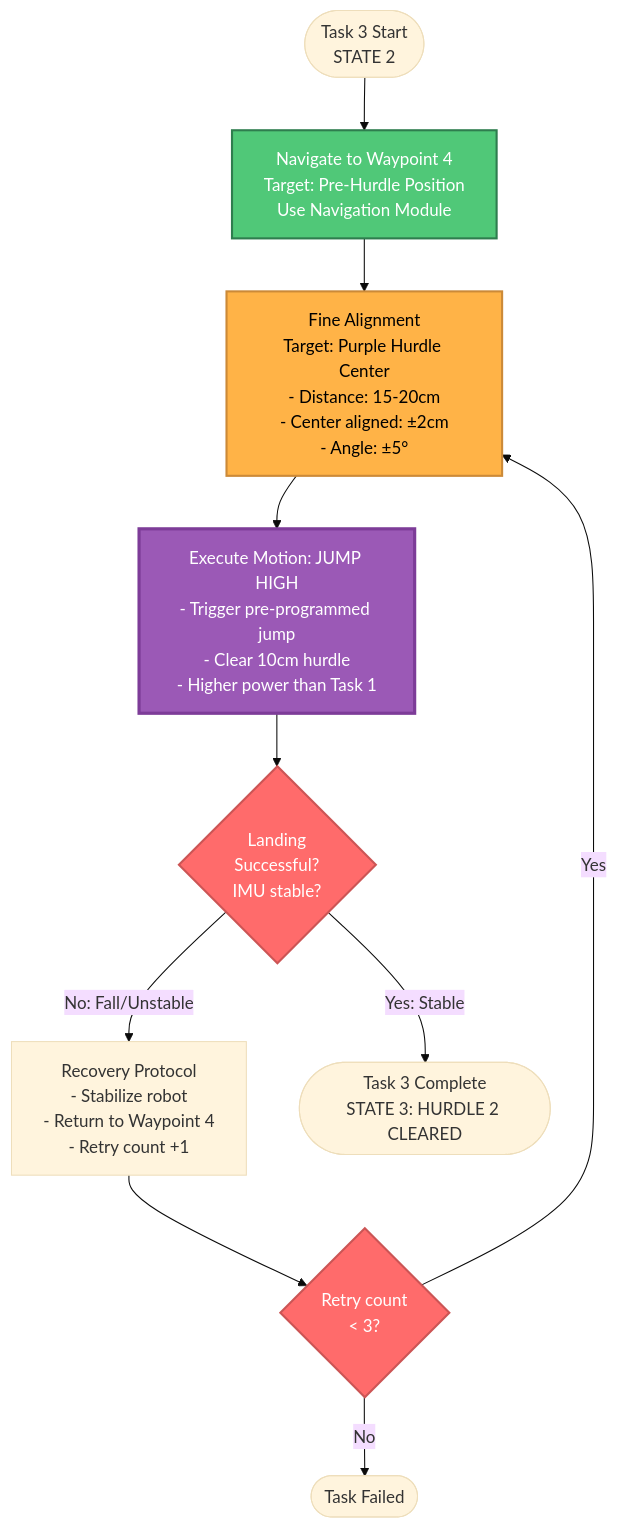
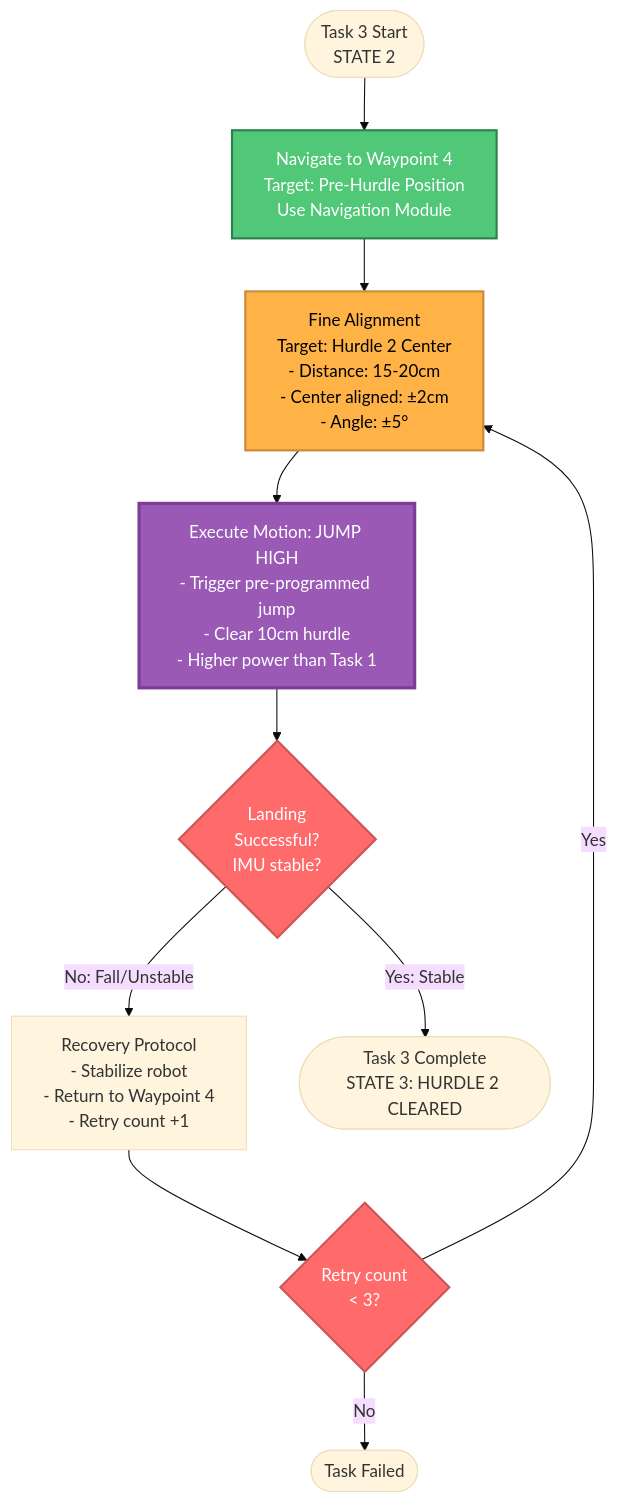
One commit to RHplusLab/RHplusLab.github.io changed the sixth of 7 diagrams in docs/task/index.md. Above: the diagram before and after it, drawn with Mermaid (base theme). The commit also changed other lines of this file and 19 other files, not shown here.

````diff
--- a/docs/task/index.md
+++ b/docs/task/index.md
@@ -189,21 +178,21 @@
     ```mermaid
     flowchart TD
         Start([Task 3 Start<br/>STATE 2]) --> Nav[Navigate to Waypoint 4<br/>Target: Pre-Hurdle Position<br/>Use Navigation Module]
-        Nav --> Align[Fine Alignment<br/>Target: Purple Hurdle Center<br/>- Distance: 15-20cm<br/>- Center aligned: ±2cm<br/>- Angle: ±5°]
+        Nav --> Align[Fine Alignment<br/>Target: Hurdle 2 Center<br/>- Distance: 15-20cm<br/>- Center aligned: ±2cm<br/>- Angle: ±5°]
         Align --> Execute[Execute Motion: JUMP HIGH<br/>- Trigger pre-programmed jump<br/>- Clear 10cm hurdle<br/>- Higher power than Task 1]
         Execute --> CheckLanding{Landing<br/>Successful?<br/>IMU stable?}
         CheckLanding -->|No: Fall/Unstable| Recover[Recovery Protocol<br/>- Stabilize robot<br/>- Return to Waypoint 4<br/>- Retry count +1]
         Recover --> MaxRetry{Retry count<br/>< 3?}
         MaxRetry -->|No| Fail([Task Failed])
         MaxRetry -->|Yes| Align
         CheckLanding -->|Yes: Stable| Complete([Task 3 Complete<br/>STATE 3: HURDLE 2 CLEARED])
 
         classDef navClass fill:#50C878,stroke:#2E7D4E,stroke-width:2px,color:#fff
         classDef alignClass fill:#FFB347,stroke:#CC8A38,stroke-width:2px,color:#000
         classDef execClass fill:#9B59B6,stroke:#7D3C98,stroke-width:3px,color:#fff
         classDef checkClass fill:#FF6B6B,stroke:#CC5555,stroke-width:2px,color:#fff
         class Nav navClass
         class Align alignClass
         class Execute execClass
         class CheckLanding,MaxRetry checkClass
     ```
````
